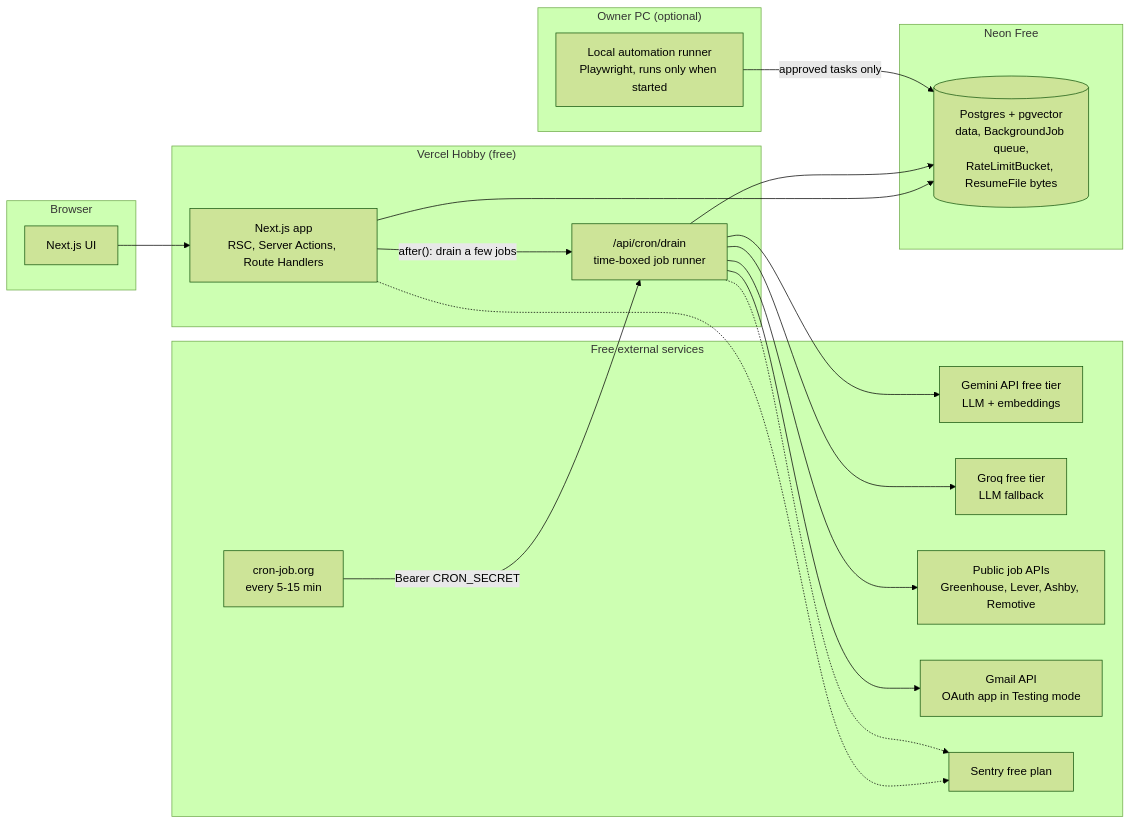
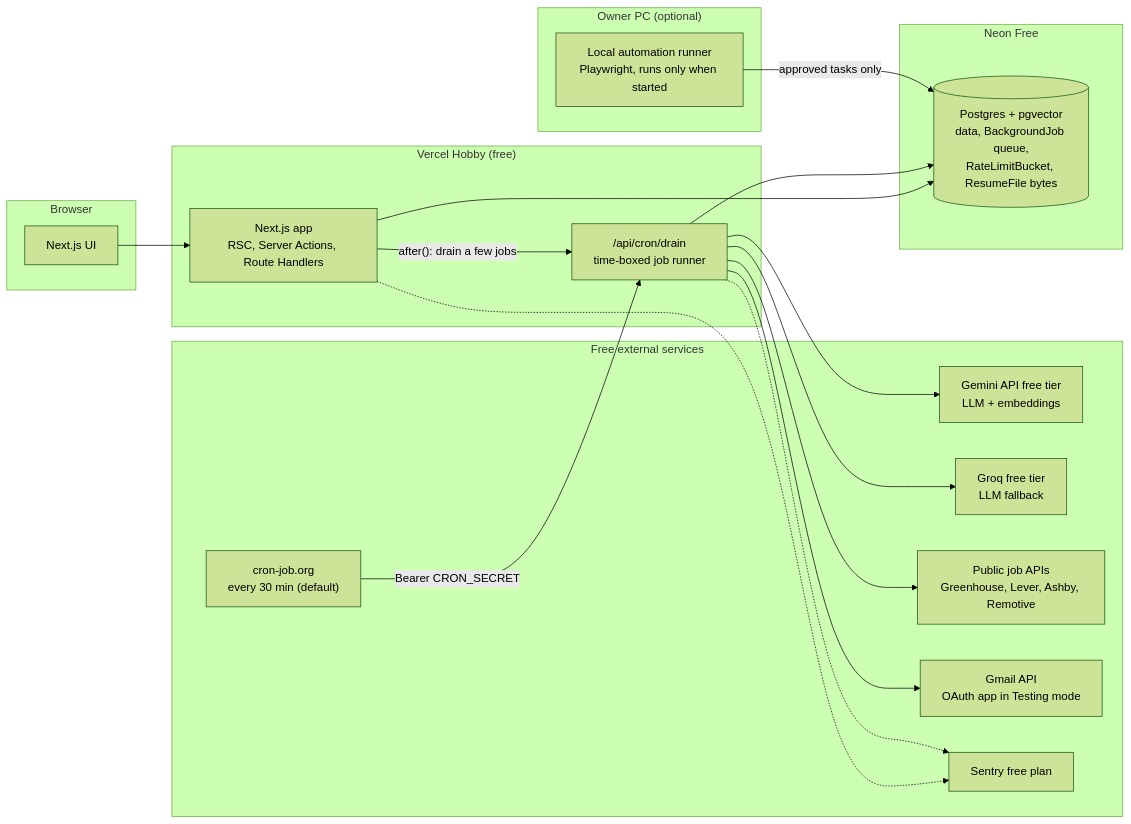
The seventh of 7 diagrams in plan/SYSTEM_ARCHITECTURE.md (M-Mujtaba-abid/Job-Automation), drawn with Mermaid (forest theme) before and after one commit. The commit also changed other lines of this file and 239 other files, not shown here.

````diff
--- a/plan/SYSTEM_ARCHITECTURE.md
+++ b/plan/SYSTEM_ARCHITECTURE.md
@@ -347,37 +347,37 @@
 ```mermaid
 flowchart LR
   subgraph Client["Browser"]
     UI["Next.js UI"]
   end
   subgraph Vercel["Vercel Hobby (free)"]
     APP["Next.js app<br/>RSC, Server Actions, Route Handlers"]
     DRAIN["/api/cron/drain<br/>time-boxed job runner"]
   end
   subgraph Neon["Neon Free"]
     PG[("Postgres + pgvector<br/>data, BackgroundJob queue,<br/>RateLimitBucket, ResumeFile bytes")]
   end
   subgraph Free["Free external services"]
-    PING["cron-job.org<br/>every 5-15 min"]
+    PING["cron-job.org<br/>every 30 min (default)"]
     GEM["Gemini API free tier<br/>LLM + embeddings"]
     GRQ["Groq free tier<br/>LLM fallback"]
     SRC["Public job APIs<br/>Greenhouse, Lever, Ashby, Remotive"]
     GML["Gmail API<br/>OAuth app in Testing mode"]
     SEN["Sentry free plan"]
   end
   subgraph Owner["Owner PC (optional)"]
     RUN["Local automation runner<br/>Playwright, runs only when started"]
   end
 
   UI --> APP
   APP --> PG
   APP -- "after(): drain a few jobs" --> DRAIN
   PING -- "Bearer CRON_SECRET" --> DRAIN
   DRAIN --> PG
   DRAIN --> GEM
   DRAIN --> GRQ
   DRAIN --> SRC
   DRAIN --> GML
   RUN -- "approved tasks only" --> PG
   APP -.-> SEN
   DRAIN -.-> SEN
 ```
````
